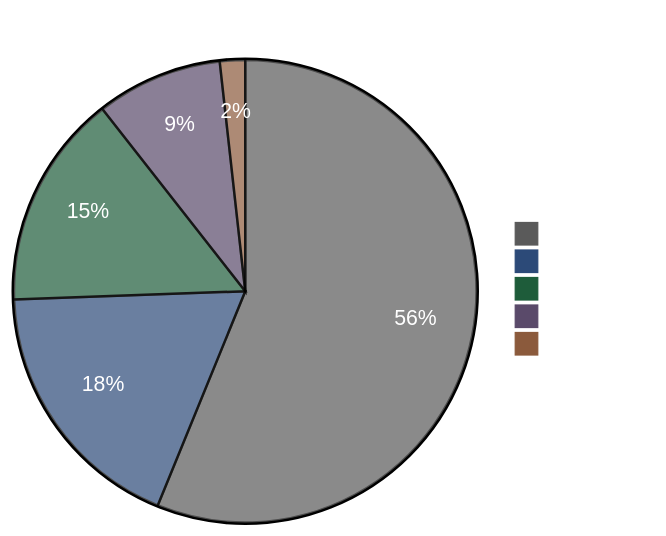
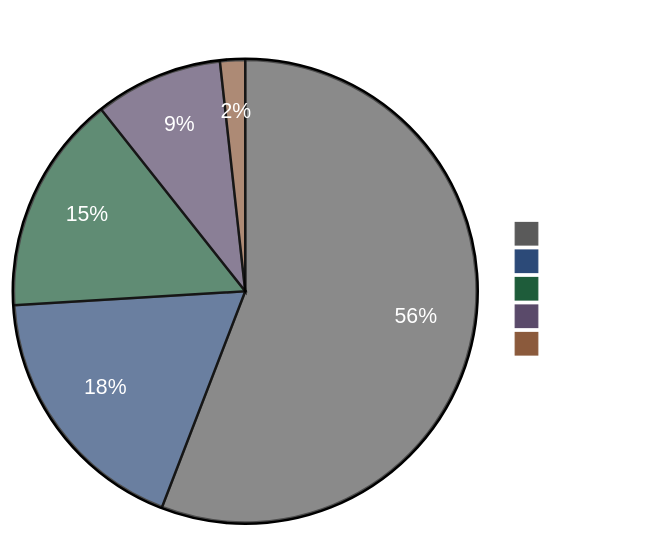
One commit to ccmeteorljh/reco-arxiv-daily changed the diagram in README.md. Above: the diagram before and after it, drawn with Mermaid. The commit also changed other lines of this file and 7 other files, not shown here.

````diff
--- a/README.md
+++ b/README.md
@@ -6,19 +6,19 @@
 ```mermaid
 %%{init: {'theme':'base', 'themeVariables': {
   'pie1':'#5a5a5a',
   'pie2':'#2c4a78',
   'pie3':'#1e5c3a',
   'pie4':'#5a4a6a',
   'pie5':'#8b5a3c',
   'pieTitleTextColor':'#ffffff',
   'pieSectionTextColor':'#ffffff',
   'pieLegendTextColor':'#ffffff'
 }}}%%
 pie showData
 title Paper Distribution by Tag
-  "Other" : 637
-  "LLM" : 207
-  "GR" : 170
-  "Seq" : 100
+  "Other" : 639
+  "LLM" : 208
+  "GR" : 175
+  "Seq" : 102
   "Scaling" : 20
 ```
````
